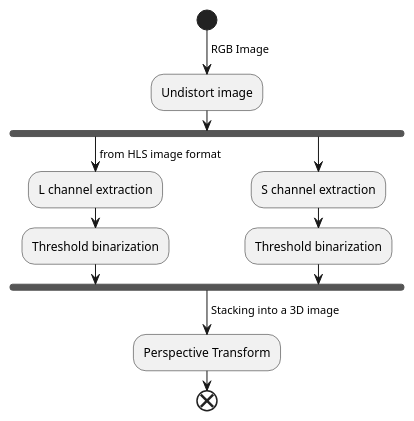
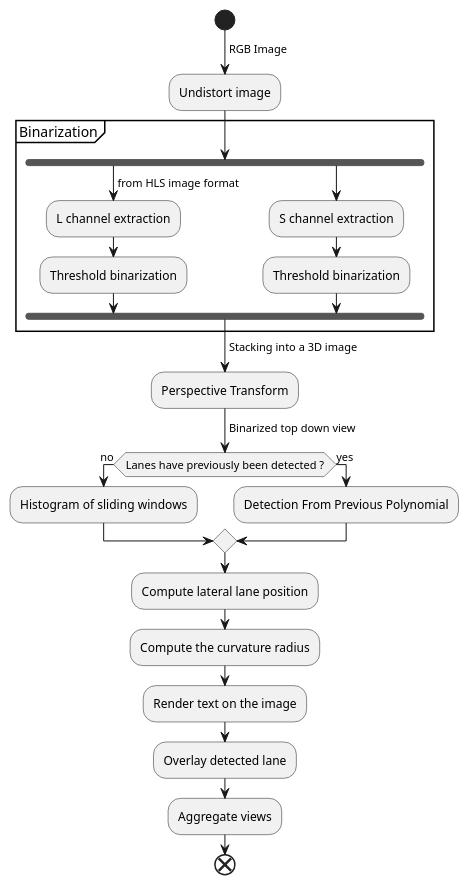
The diagram in processing.plantuml (Labonneguigue/CarND-Advanced-Lane-Lines), drawn with PlantUML before and after one commit. The commit also changed 7 other files, not shown here.

```diff
--- a/processing.plantuml
+++ b/processing.plantuml
@@ -1,17 +1,31 @@
 @startuml
 start
 -> RGB Image;
 :Undistort image;
-fork
-    -> from HLS image format;
-    :L channel extraction;
-    :Threshold binarization;
-fork again
-    :S channel extraction;
-    :Threshold binarization;
-end fork
--> Stacking into a 3D image;
+partition Binarization {
+    fork
+        -> from HLS image format;
+        :L channel extraction;
+        :Threshold binarization;
+    fork again
+        :S channel extraction;
+        :Threshold binarization;
+    end fork
+    -> Stacking into a 3D image;
+}
+
 :Perspective Transform;
+-> Binarized top down view;
+if (Lanes have previously been detected ?) then (no)
+    :Histogram of sliding windows;
+else (yes)
+    :Detection From Previous Polynomial;
+endif
+:Compute lateral lane position;
+:Compute the curvature radius;
+:Render text on the image;
+:Overlay detected lane;
+:Aggregate views;
 
 end
 @enduml
```
